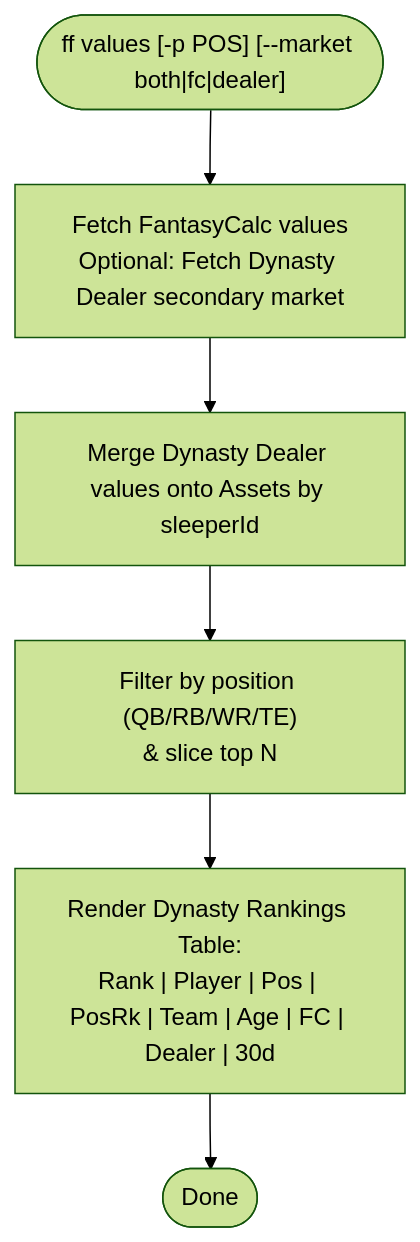
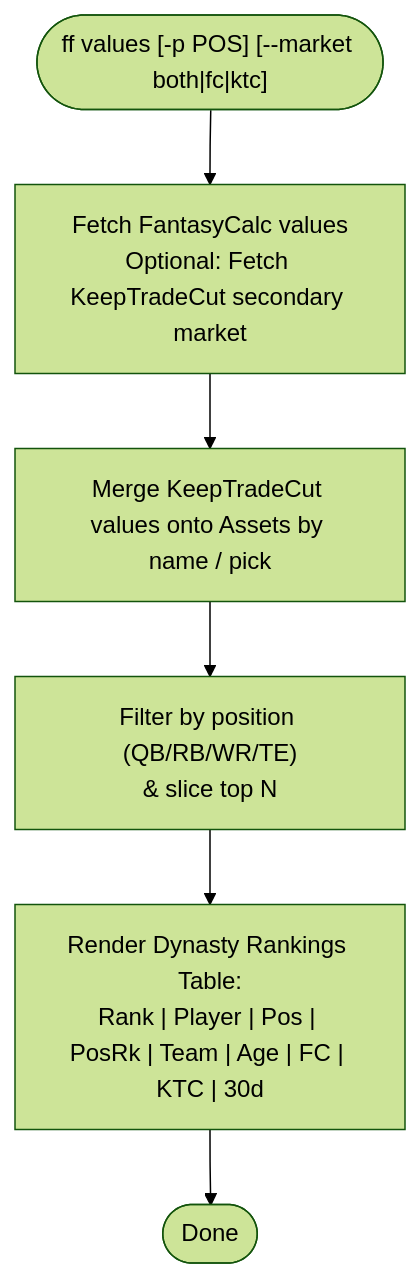
One commit to savvides/ff changed the seventh of 17 diagrams in README.md. Above: the diagram before and after it, drawn with Mermaid (forest theme). The commit also changed other lines of this file and 17 other files, not shown here.

First line of the commit message:
feat: integrate KeepTradeCut crowdsourced values for secondary market (#15)

````diff
--- a/README.md
+++ b/README.md
@@ -223,8 +223,9 @@
 ```mermaid
 flowchart TD
-    Start(["ff values [-p POS] [--market both|fc|dealer]"]) --> Fetch["Fetch FantasyCalc values\nOptional: Fetch Dynasty Dealer secondary market"]
-    Fetch --> Merge["Merge Dynasty Dealer values onto Assets by sleeperId"]
+    Start(["ff values [-p POS] [--market both|fc|ktc]"]) --> Fetch["Fetch FantasyCalc values\nOptional: Fetch KeepTradeCut secondary market"]
+    Fetch --> Merge["Merge KeepTradeCut values onto Assets by name / pick"]
     Merge --> Filter["Filter by position (QB/RB/WR/TE)\n& slice top N"]
-    Filter --> Table["Render Dynasty Rankings Table:\nRank | Player | Pos | PosRk | Team | Age | FC | Dealer | 30d"]
+    Table["Render Dynasty Rankings Table:\nRank | Player | Pos | PosRk | Team | Age | FC | KTC | 30d"]
+    Filter --> Table
     Table --> Done(["Done"])
 ```
````
